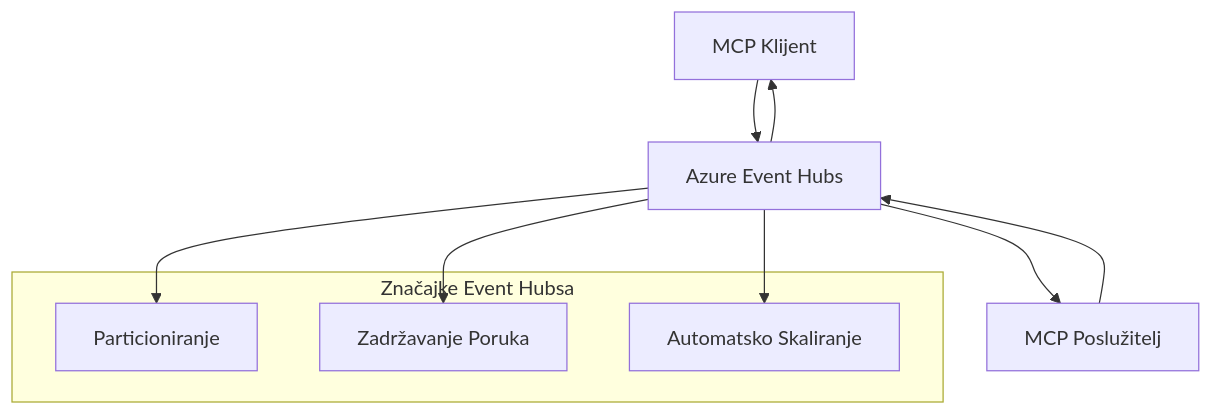
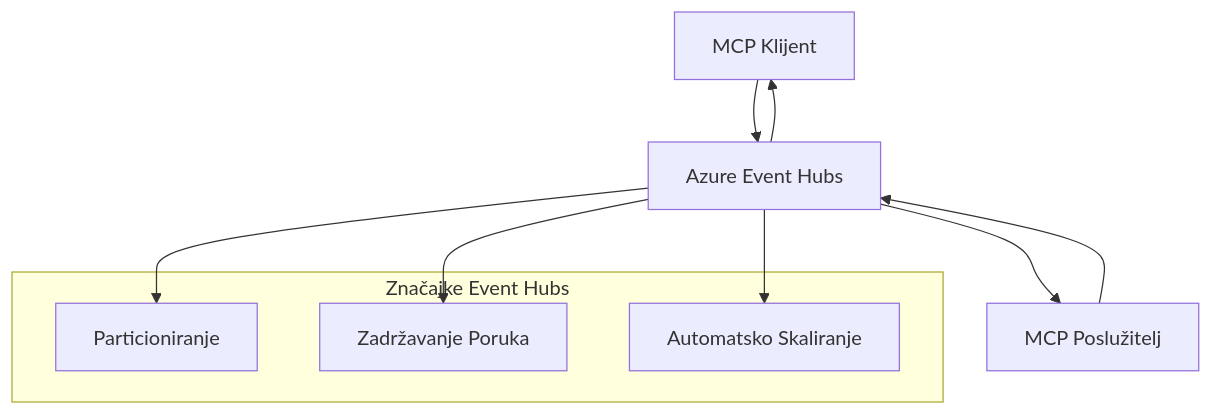
Before and after one commit to HIDORAKAI002/ai-workspace-archive: the second of 2 diagrams in mcp_ecosystem__model_context_protocol/mcp_learning_resources/mcp-for-beginners/translations/hr/05-AdvancedTopics/mcp-transport/README.md, drawn with Mermaid. The commit also changed other lines of this file and 1539 other files, not shown here.

````diff
--- a/mcp_ecosystem__model_context_protocol/mcp_learning_resources/mcp-for-beginners/translations/hr/05-AdvancedTopics/mcp-transport/README.md
+++ b/mcp_ecosystem__model_context_protocol/mcp_learning_resources/mcp-for-beginners/translations/hr/05-AdvancedTopics/mcp-transport/README.md
@@ -269,17 +270,17 @@
 ```mermaid
 graph TB
     Client[MCP Klijent] --> EH[Azure Event Hubs]
     EH --> Server[MCP Poslužitelj]
     Server --> EH
     EH --> Client
     
-    subgraph "Značajke Event Hubsa"
+    subgraph "Značajke Event Hubs"
         Partition[Particioniranje]
         Retention[Zadržavanje Poruka]
         Scaling[Automatsko Skaliranje]
     end
     
     EH --> Partition
     EH --> Retention
     EH --> Scaling
 ```
````
